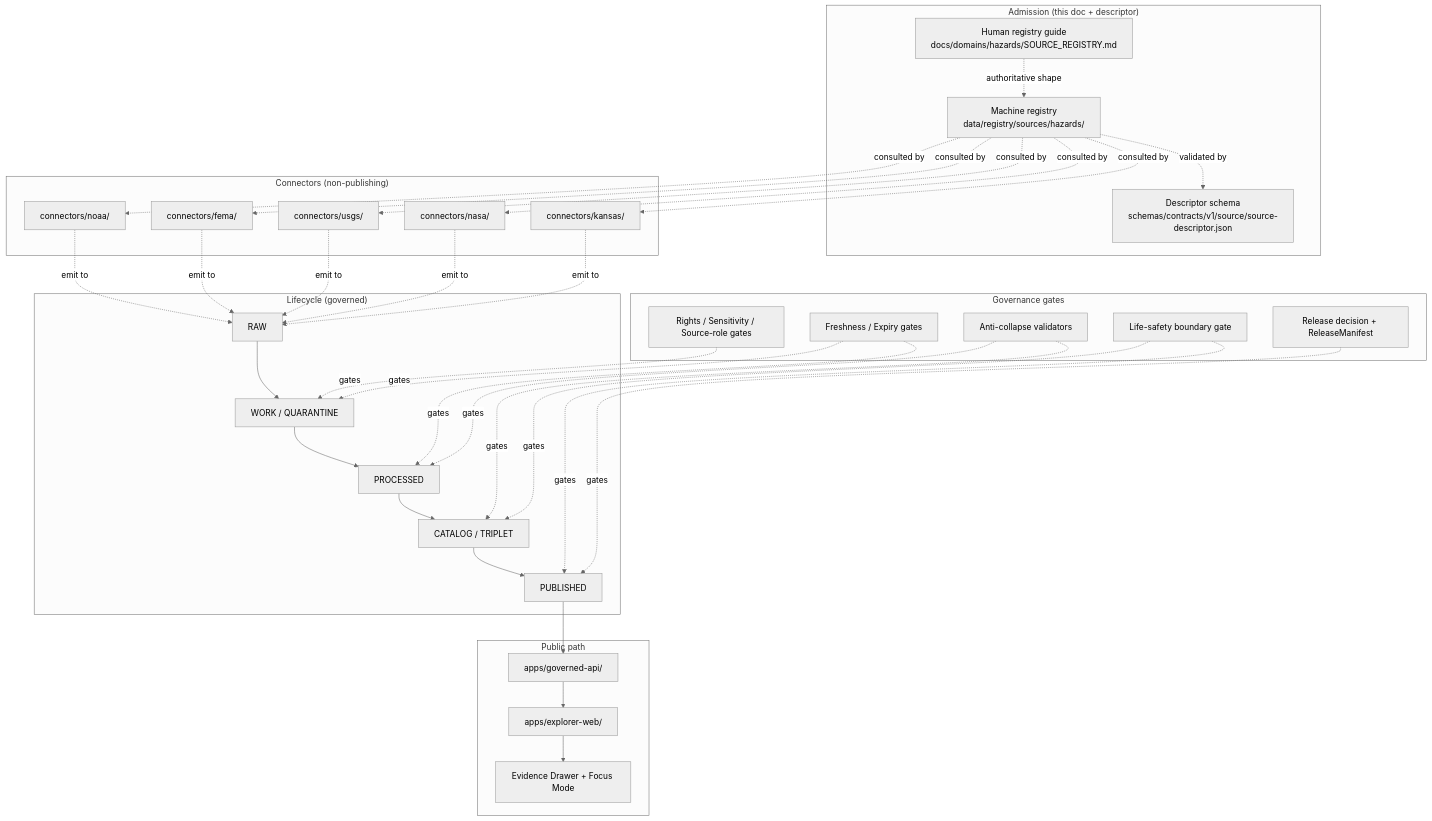
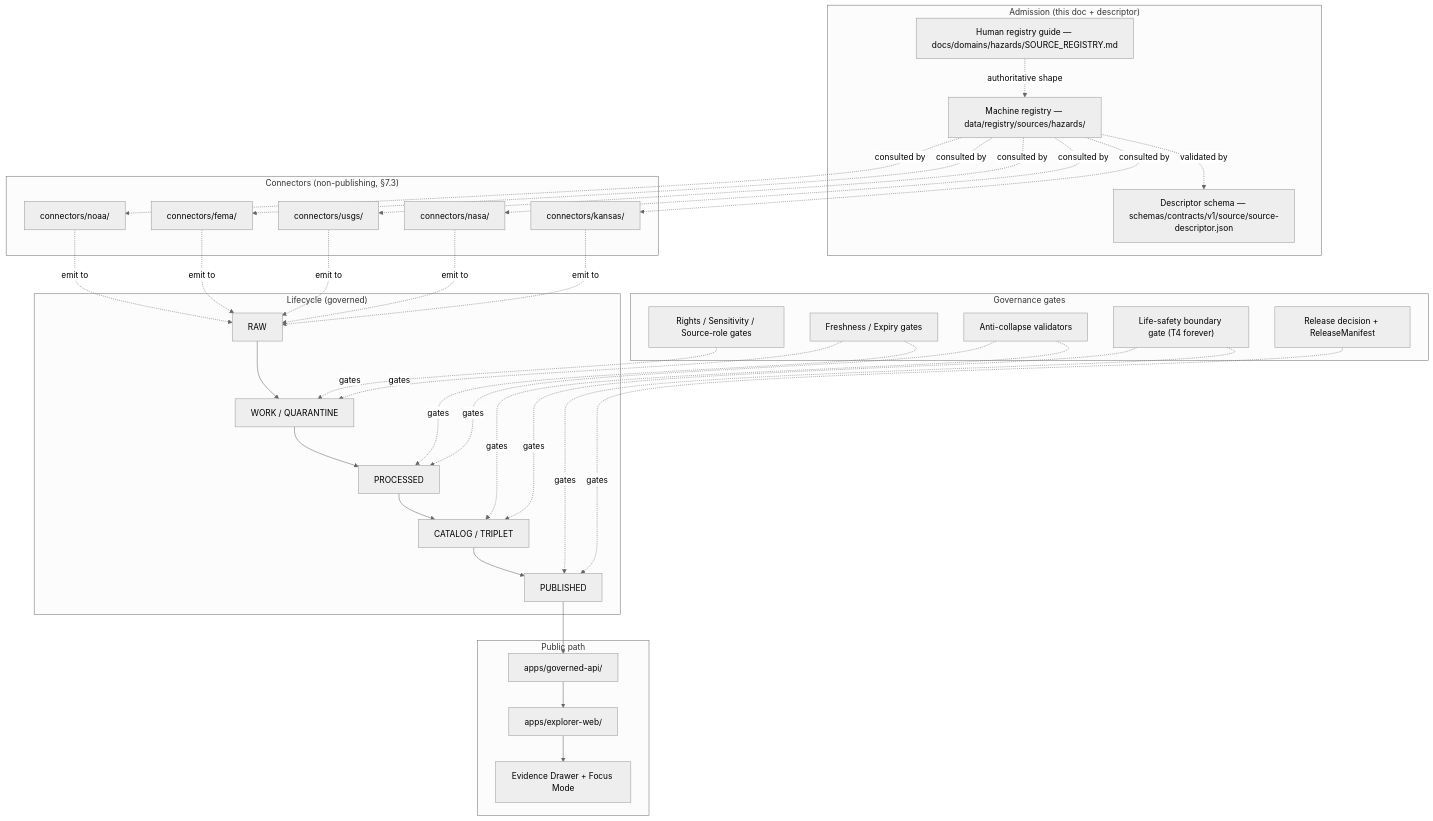
One commit to bartytime4life/Kansas-Frontier-Matrix changed the third of 3 diagrams in docs/domains/hazards/SOURCE_REGISTRY.md. Above: the diagram before and after it, drawn with Mermaid (neutral theme). The commit also changed other lines of this file, not shown here.

````diff
--- a/docs/domains/hazards/SOURCE_REGISTRY.md
+++ b/docs/domains/hazards/SOURCE_REGISTRY.md
@@ -426,50 +437,50 @@
 ```mermaid
 flowchart TB
   subgraph ADMISSION["Admission (this doc + descriptor)"]
-    A1[Human registry guide<br/>docs/domains/hazards/SOURCE_REGISTRY.md]
-    A2[Machine registry<br/>data/registry/sources/hazards/]
-    A3[Descriptor schema<br/>schemas/contracts/v1/source/source-descriptor.json]
+    A1["Human registry guide — docs/domains/hazards/SOURCE_REGISTRY.md"]
+    A2["Machine registry — data/registry/sources/hazards/"]
+    A3["Descriptor schema — schemas/contracts/v1/source/source-descriptor.json"]
   end
 
-  subgraph CONNECTORS["Connectors (non-publishing)"]
-    C1[connectors/noaa/]
-    C2[connectors/fema/]
-    C3[connectors/usgs/]
-    C4[connectors/nasa/]
-    C5[connectors/kansas/]
+  subgraph CONNECTORS["Connectors (non-publishing, §7.3)"]
+    C1["connectors/noaa/"]
+    C2["connectors/fema/"]
+    C3["connectors/usgs/"]
+    C4["connectors/nasa/"]
+    C5["connectors/kansas/"]
   end
 
   subgraph LIFECYCLE["Lifecycle (governed)"]
-    L1[RAW]
-    L2[WORK / QUARANTINE]
-    L3[PROCESSED]
-    L4[CATALOG / TRIPLET]
-    L5[PUBLISHED]
+    L1["RAW"]
+    L2["WORK / QUARANTINE"]
+    L3["PROCESSED"]
+    L4["CATALOG / TRIPLET"]
+    L5["PUBLISHED"]
   end
 
   subgraph GOVERNANCE["Governance gates"]
-    G1[Rights / Sensitivity / Source-role gates]
-    G2[Freshness / Expiry gates]
-    G3[Anti-collapse validators]
-    G4[Life-safety boundary gate]
-    G5[Release decision + ReleaseManifest]
+    G1["Rights / Sensitivity / Source-role gates"]
+    G2["Freshness / Expiry gates"]
+    G3["Anti-collapse validators"]
+    G4["Life-safety boundary gate (T4 forever)"]
+    G5["Release decision + ReleaseManifest"]
   end
 
   subgraph PUBLIC["Public path"]
-    P1[apps/governed-api/]
-    P2[apps/explorer-web/]
-    P3[Evidence Drawer + Focus Mode]
+    P1["apps/governed-api/"]
+    P2["apps/explorer-web/"]
+    P3["Evidence Drawer + Focus Mode"]
   end
 
   A1 -. authoritative shape .-> A2
   A2 -. validated by .-> A3
   A2 -. consulted by .-> C1 & C2 & C3 & C4 & C5
   C1 & C2 & C3 & C4 & C5 -. emit to .-> L1
   L1 --> L2 --> L3 --> L4 --> L5
   G1 -. gates .-> L2
   G2 -. gates .-> L2 & L3
   G3 -. gates .-> L3 & L4
   G4 -. gates .-> L4 & L5
   G5 -. gates .-> L5
   L5 --> P1 --> P2 --> P3
 ```
````
